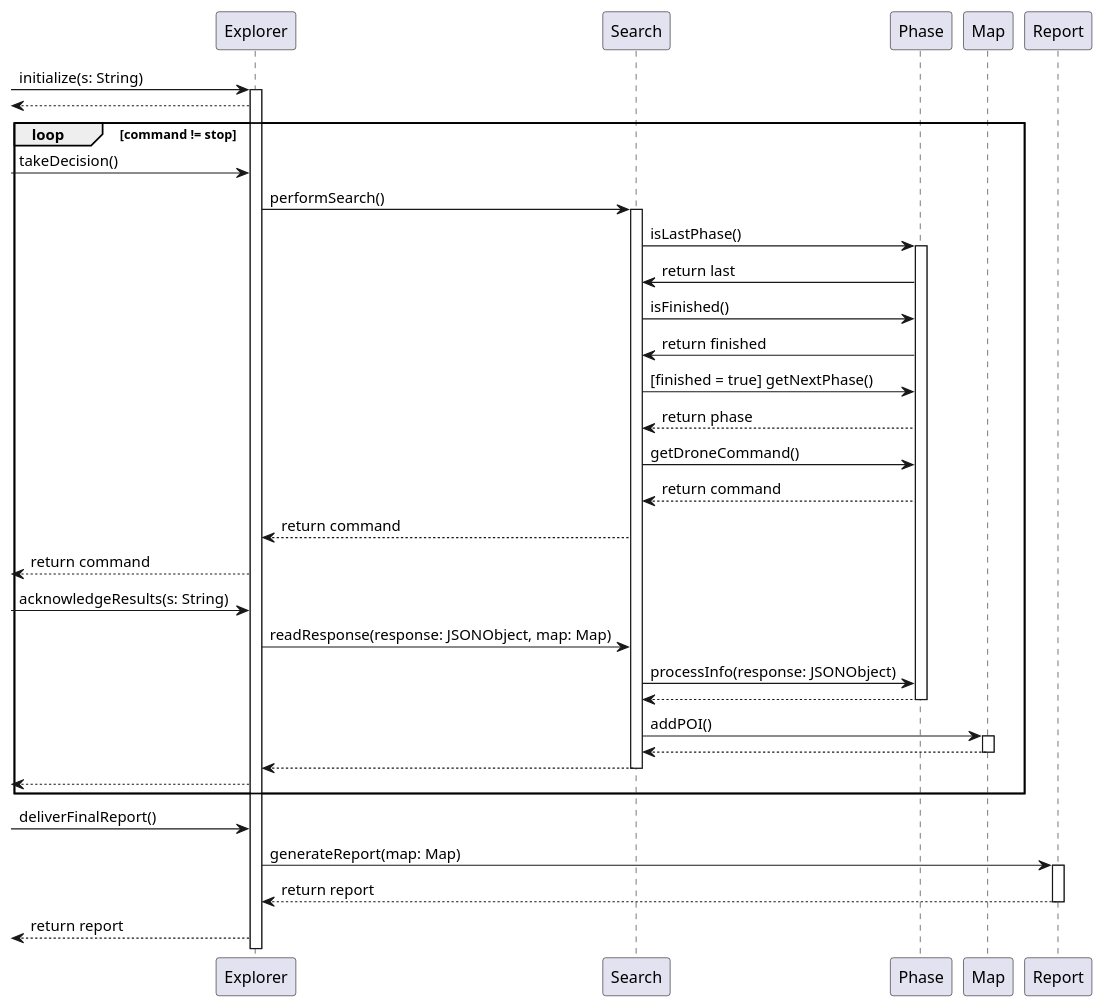
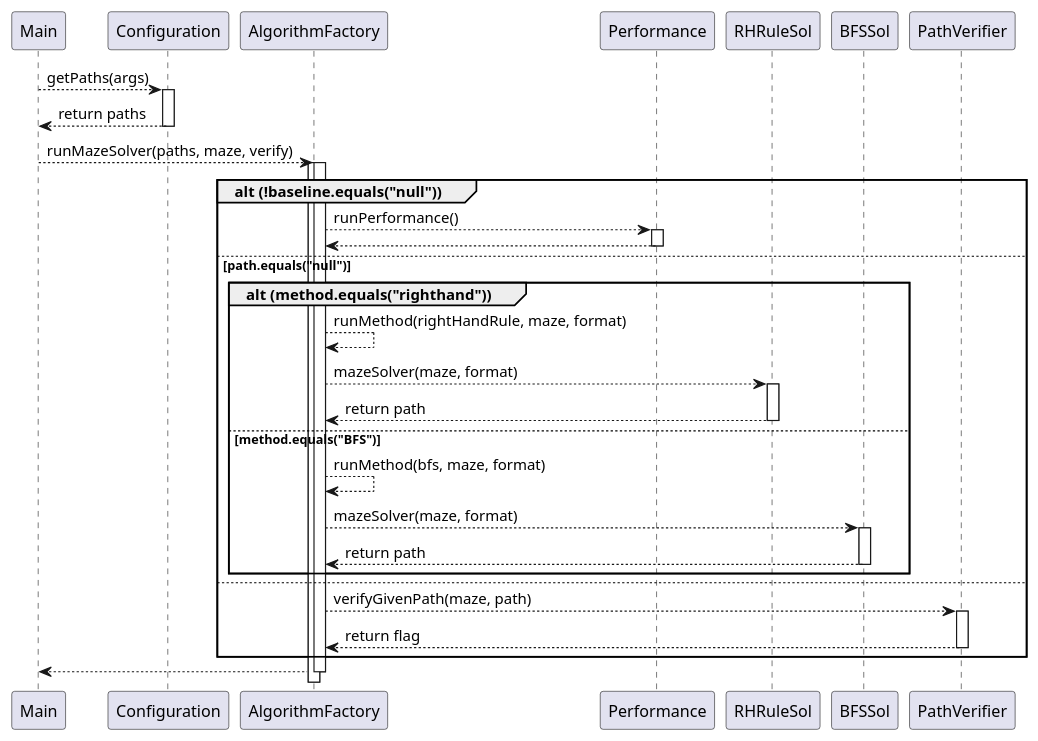
Before and after one commit to AhsanM71/Maze-Solver-and-Verification-System: the diagram in src/main/UMLDiagrams/HighLevelSequenceDiagram.plantuml, drawn with PlantUML.

Commit message:
created a high level sequence diagram

```diff
--- a/src/main/UMLDiagrams/HighLevelSequenceDiagram.plantuml
+++ b/src/main/UMLDiagrams/HighLevelSequenceDiagram.plantuml
@@ -1,55 +1,96 @@
 @startuml Sequence
 
-    participant Explorer
-    participant Search
-    participant Phase
-    participant Map
-    participant Report
+    participant Main
+    participant Configuration
+    participant AlgorithmFactory
+    participant Performance
+    participant RHRuleSol
+    participant BFSSol
+    participant PathVerifier
     
-    -> Explorer ++: initialize(s: String)
-    <-- Explorer
+    Main --> Configuration: getPaths(args) 
+    activate Configuration
+    Main <-- Configuration: return paths
+    deactivate Configuration
 
-    group loop [command != stop] 
-    -> Explorer: takeDecision()
 
-    Explorer -> Search ++: performSearch()
+    Main --> AlgorithmFactory ++: runMazeSolver(paths, maze, verify)
+    activate AlgorithmFactory
+    group alt (!baseline.equals("null"))
 
-    Search -> Phase  ++: isLastPhase()
-    Search <- Phase: return last
+    AlgorithmFactory --> Performance: runPerformance()
+    activate Performance
 
-    Search -> Phase: isFinished()
-    Search <- Phase : return finished
+    AlgorithmFactory <-- Performance
+    deactivate Performance
+    else path.equals("null")
 
-    Search -> Phase: [finished = true] getNextPhase()
-    Search <-- Phase: return phase
+    group alt (method.equals("righthand"))
+    AlgorithmFactory --> AlgorithmFactory: runMethod(rightHandRule, maze, format)
+    AlgorithmFactory --> RHRuleSol: mazeSolver(maze, format)
+    activate RHRuleSol
+    AlgorithmFactory <-- RHRuleSol: return path
+    deactivate RHRuleSol
 
-    Search -> Phase : getDroneCommand()
-    Search <-- Phase : return command
+    else method.equals("BFS")
+    AlgorithmFactory --> AlgorithmFactory: runMethod(bfs, maze, format)
+    AlgorithmFactory --> BFSSol: mazeSolver(maze, format)
+    activate BFSSol
+    AlgorithmFactory <-- BFSSol: return path
+    deactivate BFSSol
+    end
+    else 
 
-    Explorer <-- Search: return command
-
-    <-- Explorer: return command
-
-    -> Explorer: acknowledgeResults(s: String)
-
-    Explorer -> Search: readResponse(response: JSONObject, map: Map)
-
-    Search -> Phase: processInfo(response: JSONObject)
-    Search <-- Phase --
-
-    Search -> Map ++: addPOI()
-    Search <-- Map --
-
-    Explorer <-- Search --
-
-    <-- Explorer
+    AlgorithmFactory --> PathVerifier: verifyGivenPath(maze, path)
+    activate PathVerifier
+    AlgorithmFactory <-- PathVerifier: return flag
+    deactivate PathVerifier
     end
 
-    -> Explorer: deliverFinalReport()
+    Main <-- AlgorithmFactory
+    deactivate AlgorithmFactory
 
-    Explorer -> Report ++: generateReport(map: Map)
-    Explorer <-- Report --: return report
+    ' group loop [command != stop] 
+    ' -> Explorer: takeDecision()
 
-    <-- Explorer: return report
+    ' Explorer -> Search ++: performSearch()
+
+    ' Search -> Phase  ++: isLastPhase()
+    ' Search <- Phase: return last
+
+    ' Search -> Phase: isFinished()
+    ' Search <- Phase : return finished
+
+    ' Search -> Phase: [finished = true] getNextPhase()
+    ' Search <-- Phase: return phase
+
+    ' Search -> Phase : getDroneCommand()
+    ' Search <-- Phase : return command
+
+    ' Explorer <-- Search: return command
+
+    ' <-- Explorer: return command
+
+    ' -> Explorer: acknowledgeResults(s: String)
+
+    ' Explorer -> Search: readResponse(response: JSONObject, map: Map)
+
+    ' Search -> Phase: processInfo(response: JSONObject)
+    ' Search <-- Phase --
+
+    ' Search -> Map ++: addPOI()
+    ' Search <-- Map --
+
+    ' Explorer <-- Search --
+
+    ' <-- Explorer
+    ' end
+
+    ' -> Explorer: deliverFinalReport()
+
+    ' Explorer -> Report ++: generateReport(map: Map)
+    ' Explorer <-- Report --: return report
+
+    ' <-- Explorer: return report
 
 @enduml
```
